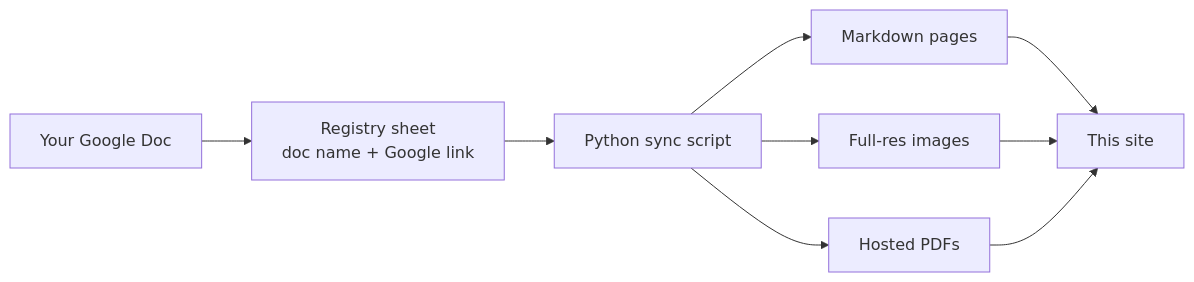
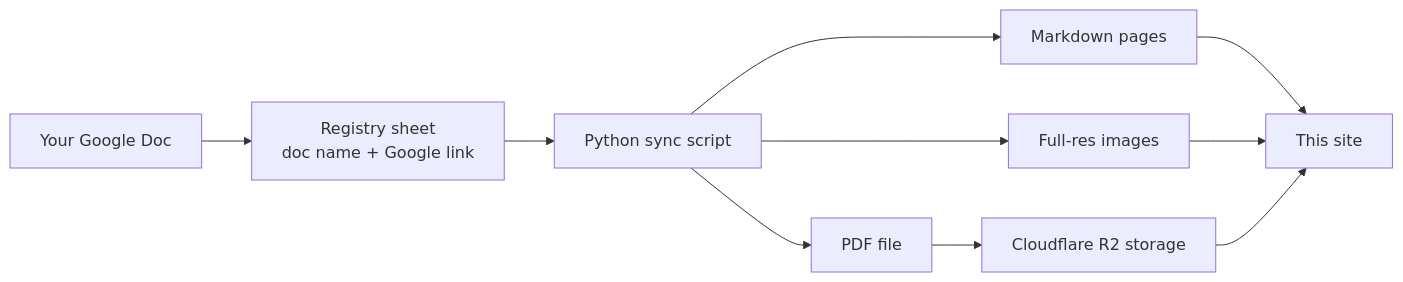
Before and after one commit to asrc-nanofab/nanodocs: the diagram in docs/authoring/index.md, drawn with Mermaid. The commit also changed other lines of this file and 2 other files, not shown here.

First line of the commit message:
Document Cloudflare Pages + R2 PDF hosting

````diff
--- a/docs/authoring/index.md
+++ b/docs/authoring/index.md
@@ -8,11 +8,12 @@
 ```mermaid
 flowchart LR
     GD[Your Google Doc] --> REG[Registry sheet<br/>doc name + Google link]
     REG --> SYNC[Python sync script]
     SYNC --> MD[Markdown pages]
     SYNC --> IMG[Full-res images]
-    SYNC --> PDF[Hosted PDFs]
+    SYNC --> PDF[PDF file]
     MD --> SITE[This site]
     IMG --> SITE
-    PDF --> SITE
+    PDF --> R2[Cloudflare R2 storage]
+    R2 --> SITE
 ```
````
